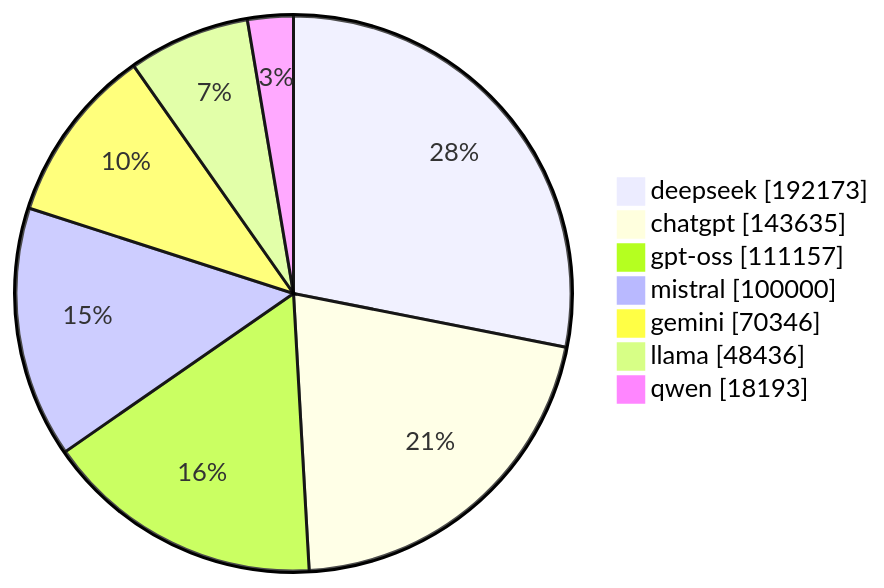
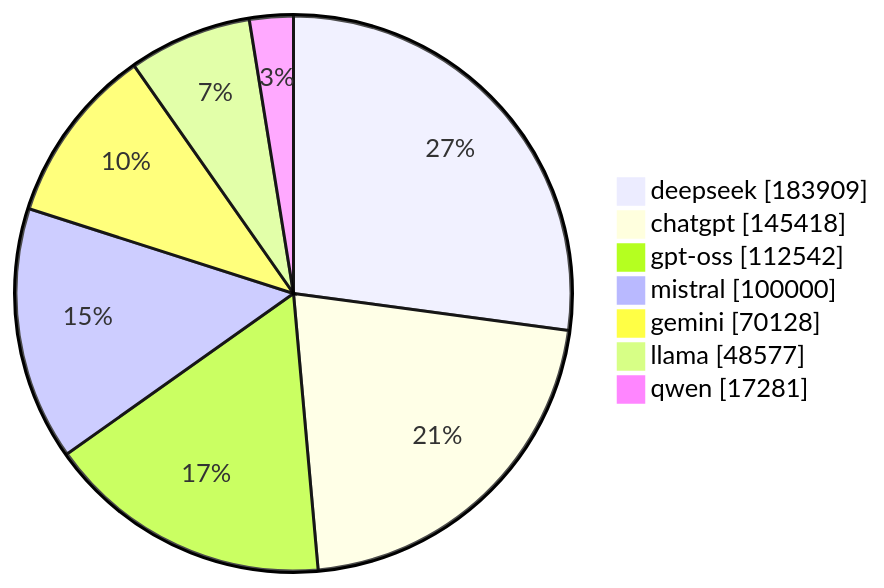
Before and after one commit to zqf20096327/ai_collect: the diagram in data/readmes/gqgs__llm100kbench.md, drawn with Mermaid. The commit also changed other lines of this file and 2024 other files, not shown here.

````diff
--- a/data/readmes/gqgs__llm100kbench.md
+++ b/data/readmes/gqgs__llm100kbench.md
@@ -50,10 +50,10 @@
 ```mermaid
 pie showData
-    "deepseek" : 192173
-    "chatgpt" : 143635
-    "gpt-oss" : 111157
+    "deepseek" : 183909
+    "chatgpt" : 145418
+    "gpt-oss" : 112542
     "mistral" : 100000
-    "gemini" : 70346
-    "llama" : 48436
-    "qwen" : 18193
+    "gemini" : 70128
+    "llama" : 48577
+    "qwen" : 17281
 ```
````
